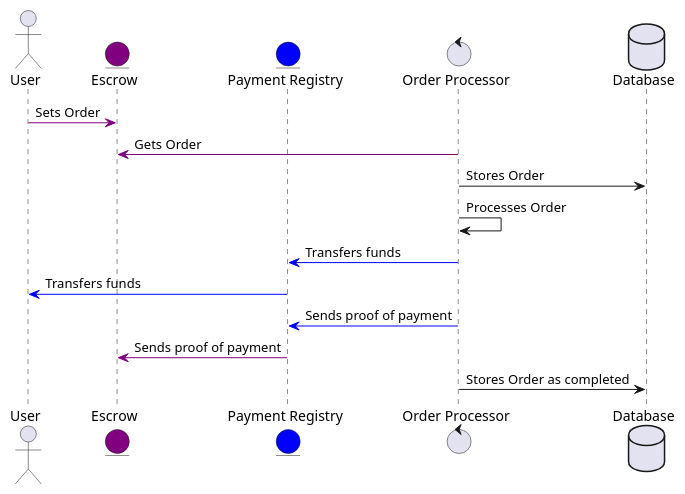
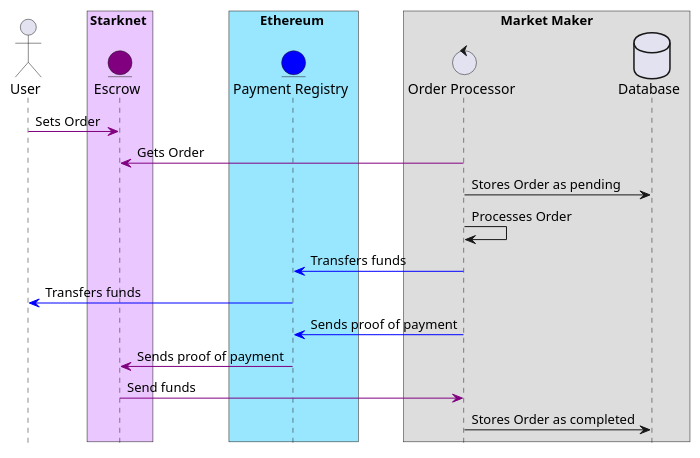
Before and after one commit to yetanotherco/yet-another-bridge: the diagram in mm-bot/docs/diagrams/order_processing.puml, drawn with PlantUML. The commit also changed 5 other files, not shown here.

Commit message:
docs(mm-bot): improve sequence diagrams

```diff
--- a/mm-bot/docs/diagrams/order_processing.puml
+++ b/mm-bot/docs/diagrams/order_processing.puml
@@ -1,19 +1,26 @@
 @startuml
+hide footbox
 actor User as U
+box Starknet #ebc7ff
 entity Escrow as E #purple
+end box
+box Ethereum #99e6ff
 entity "Payment Registry" as PR #blue
+box "Market Maker"
 control "Order Processor" as OP
 database Database
+end box
 
 U -[#purple]> E : Sets Order
 OP -[#purple]> E : Gets Order
-OP -> Database : Stores Order
+OP -> Database : Stores Order as pending
 OP -> OP : Processes Order
 OP -[#blue]> PR : Transfers funds
 PR -[#blue]> U: Transfers funds
 OP -[#blue]> PR : Sends proof of payment
 PR -[#purple]> E : Sends proof of payment
+E -[#purple]> OP : Send funds
 OP -> Database : Stores Order as completed
 
 
 @enduml
```
